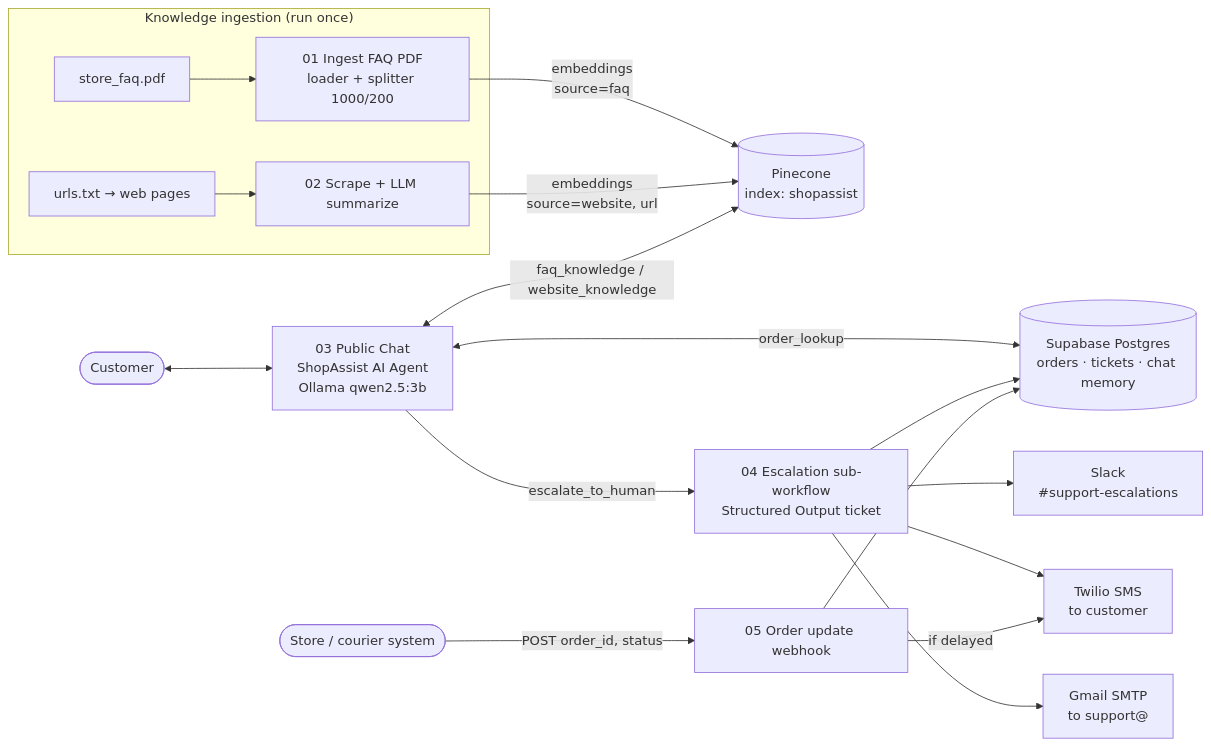
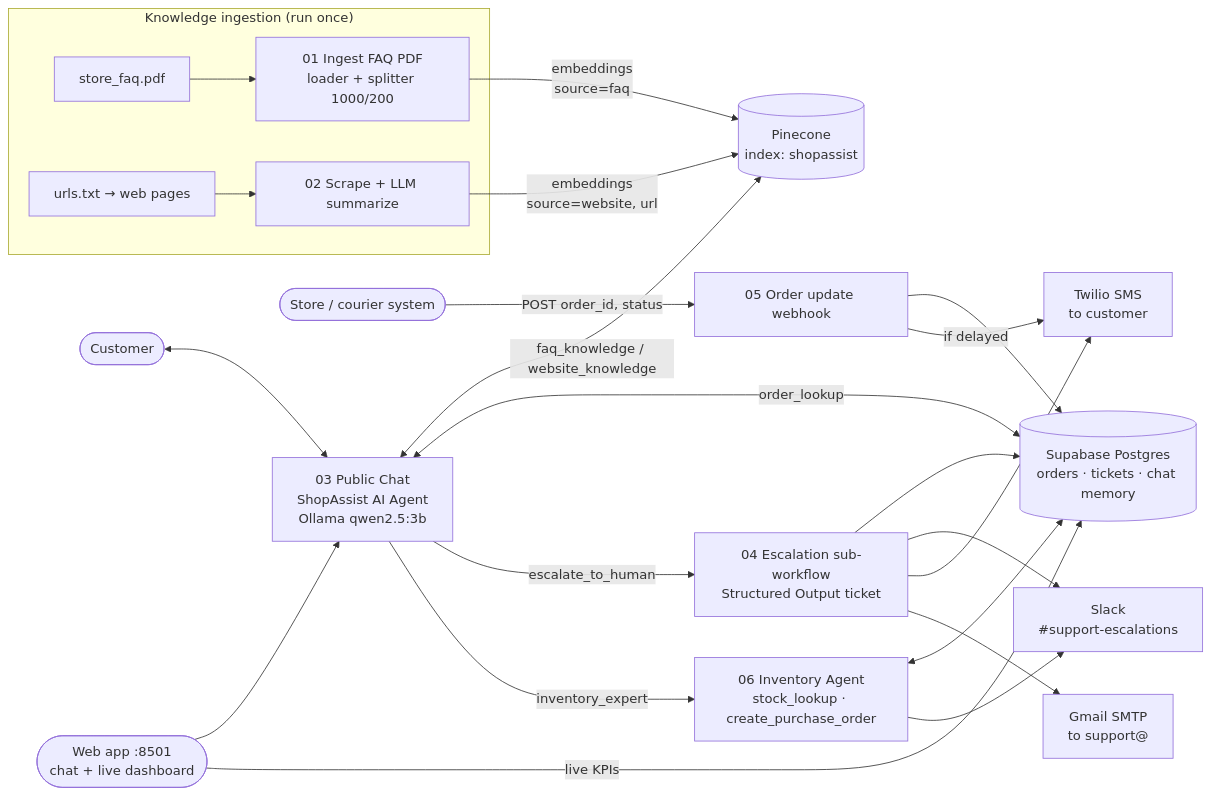
One commit to kritikab01/ShopAssist-AI changed the diagram in README.md. Above: the diagram before and after it, drawn with Mermaid. The commit also changed other lines of this file and 22 other files, not shown here.

````diff
--- a/README.md
+++ b/README.md
@@ -36,22 +42,27 @@
 ```mermaid
 flowchart LR
     subgraph Ingestion["Knowledge ingestion (run once)"]
         PDF["store_faq.pdf"] --> W01["01 Ingest FAQ PDF<br/>loader + splitter 1000/200"]
         URLS["urls.txt → web pages"] --> W02["02 Scrape + LLM summarize"]
     end
     W01 -- "embeddings<br/>source=faq" --> PC[("Pinecone<br/>index: shopassist")]
     W02 -- "embeddings<br/>source=website, url" --> PC
 
     C(["Customer"]) <--> CHAT["03 Public Chat<br/>ShopAssist AI Agent<br/>Ollama qwen2.5:3b"]
     CHAT <-->|"faq_knowledge / website_knowledge"| PC
     CHAT <-->|"order_lookup"| PG[("Supabase Postgres<br/>orders · tickets · chat memory")]
     CHAT -->|"escalate_to_human"| W04["04 Escalation sub-workflow<br/>Structured Output ticket"]
     W04 --> PG
     W04 --> SL["Slack<br/>#support-escalations"]
     W04 --> TW["Twilio SMS<br/>to customer"]
     W04 --> EM["Gmail SMTP<br/>to support@"]
 
     SYS(["Store / courier system"]) -->|"POST order_id, status"| W05["05 Order update webhook"]
     W05 --> PG
     W05 -->|"if delayed"| TW
+    CHAT -->|"inventory_expert"| W06["06 Inventory Agent<br/>stock_lookup · create_purchase_order"]
+    W06 <--> PG
+    W06 --> SL
+    APP(["Web app :8501<br/>chat + live dashboard"]) --> CHAT
+    APP -->|"live KPIs"| PG
 ```
````
